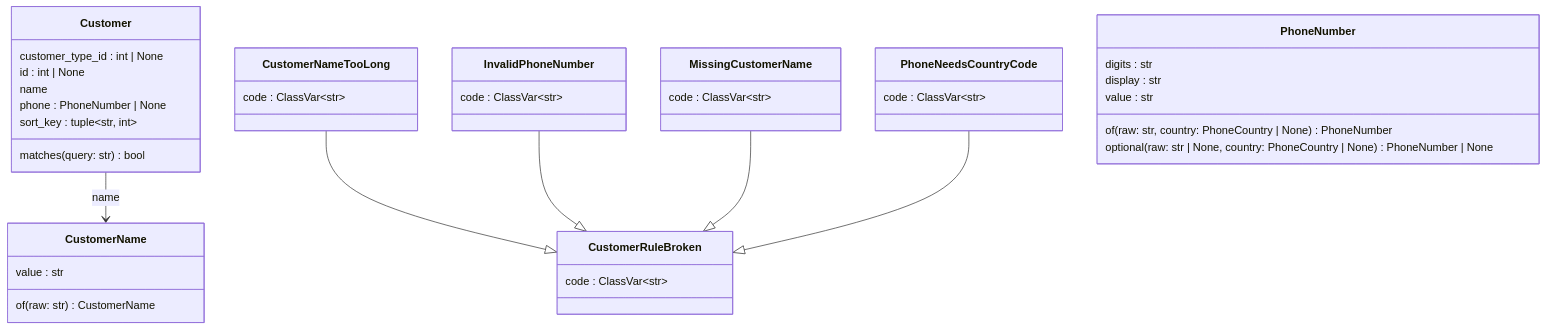
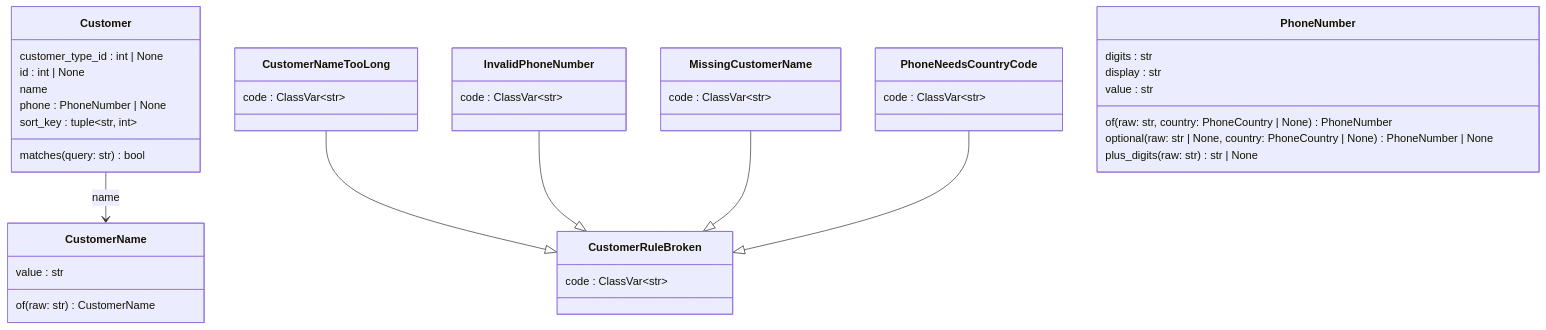
The second of 4 diagrams in docs/architecture/generated/classes/customers.md (GonzaloZevallos/apostrophe), drawn with Mermaid before and after one commit. The commit also changed 4 other files, not shown here.

Commit message:
Detection: regenerate the architecture reference for the phone modules

````diff
--- a/docs/architecture/generated/classes/customers.md
+++ b/docs/architecture/generated/classes/customers.md
@@ -69,42 +69,43 @@
 ```mermaid
 classDiagram
   class Customer {
     customer_type_id : int #124; None
     id : int #124; None
     name
     phone : PhoneNumber #124; None
     sort_key : tuple~str, int~
     matches(query: str) bool
   }
   class CustomerName {
     value : str
     of(raw: str) CustomerName
   }
   class CustomerNameTooLong {
     code : ClassVar~str~
   }
   class CustomerRuleBroken {
     code : ClassVar~str~
   }
   class InvalidPhoneNumber {
     code : ClassVar~str~
   }
   class MissingCustomerName {
     code : ClassVar~str~
   }
   class PhoneNeedsCountryCode {
     code : ClassVar~str~
   }
   class PhoneNumber {
     digits : str
     display : str
     value : str
     of(raw: str, country: PhoneCountry #124; None) PhoneNumber
     optional(raw: str #124; None, country: PhoneCountry #124; None) PhoneNumber #124; None
+    plus_digits(raw: str) str #124; None
   }
   Customer --> CustomerName : name
   CustomerNameTooLong --|> CustomerRuleBroken
   InvalidPhoneNumber --|> CustomerRuleBroken
   MissingCustomerName --|> CustomerRuleBroken
   PhoneNeedsCountryCode --|> CustomerRuleBroken
 ```
````
